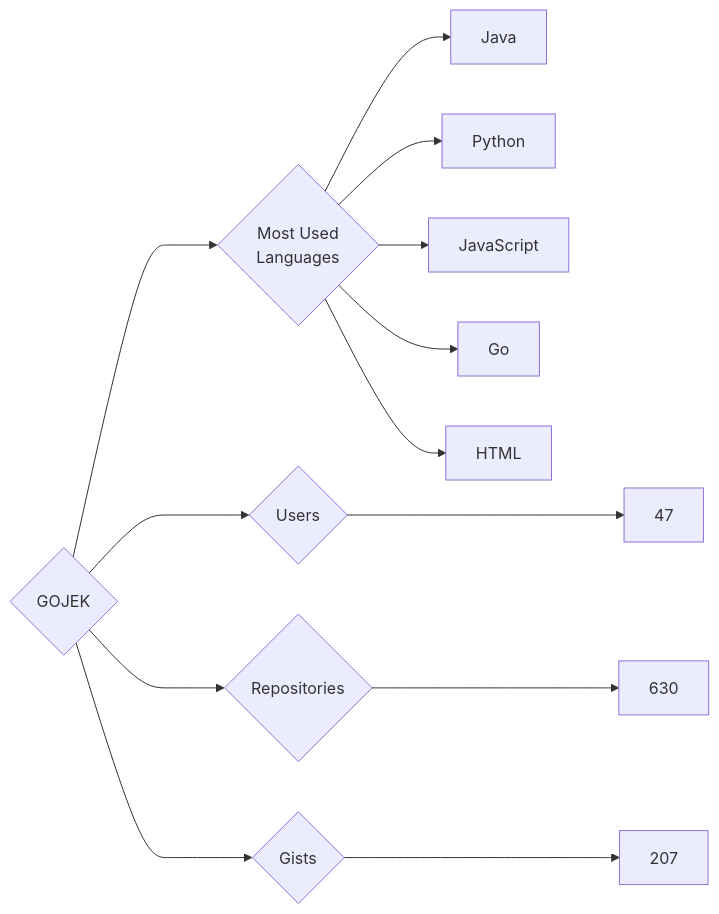
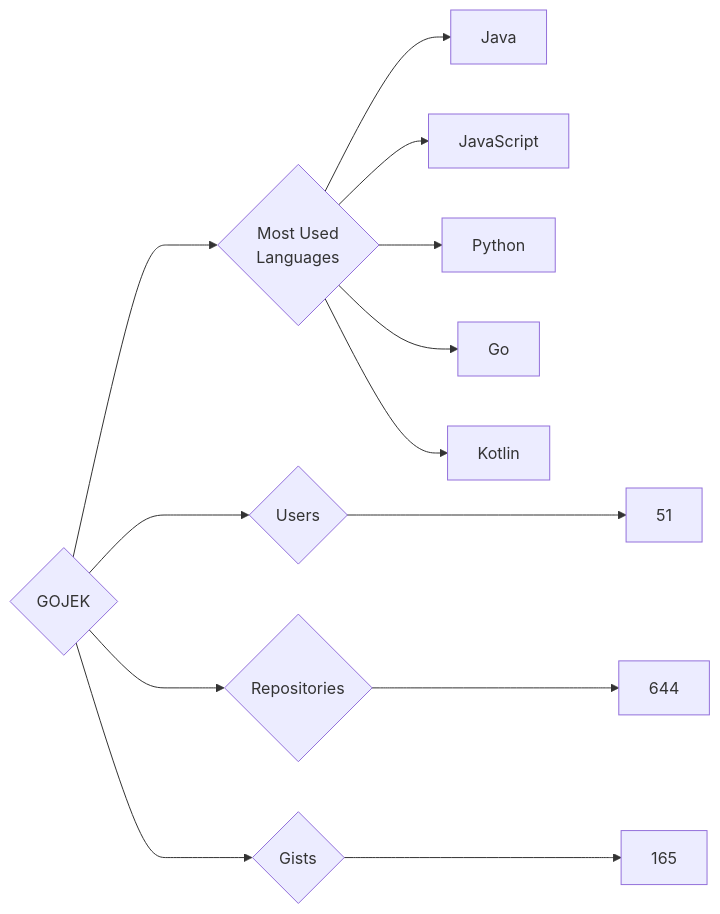
The diagram in targets/GOJEK/README.md (trickest/insiders), drawn with Mermaid before and after one commit. The commit also changed 951 other files, not shown here.

````diff
--- a/targets/GOJEK/README.md
+++ b/targets/GOJEK/README.md
@@ -3,13 +3,13 @@
 ```mermaid
 graph LR
 COMPANY_NAME{GOJEK}
-COMPANY_NAME ---> U{Users} ---> UN[47]
-COMPANY_NAME ---> R{Repositories} ---> RN[630]
-COMPANY_NAME ---> G{Gists} ---> GN[207]
+COMPANY_NAME ---> U{Users} ---> UN[51]
+COMPANY_NAME ---> R{Repositories} ---> RN[644]
+COMPANY_NAME ---> G{Gists} ---> GN[165]
 COMPANY_NAME ---> ML{Most Used<br>Languages}
-ML --> Java
-ML --> Python
-ML --> JavaScript
-ML --> Go
-ML --> HTML
+ML --> Java[Java]
+ML --> JavaScript[JavaScript]
+ML --> Python[Python]
+ML --> Go[Go]
+ML --> Kotlin[Kotlin]
 ```
````
